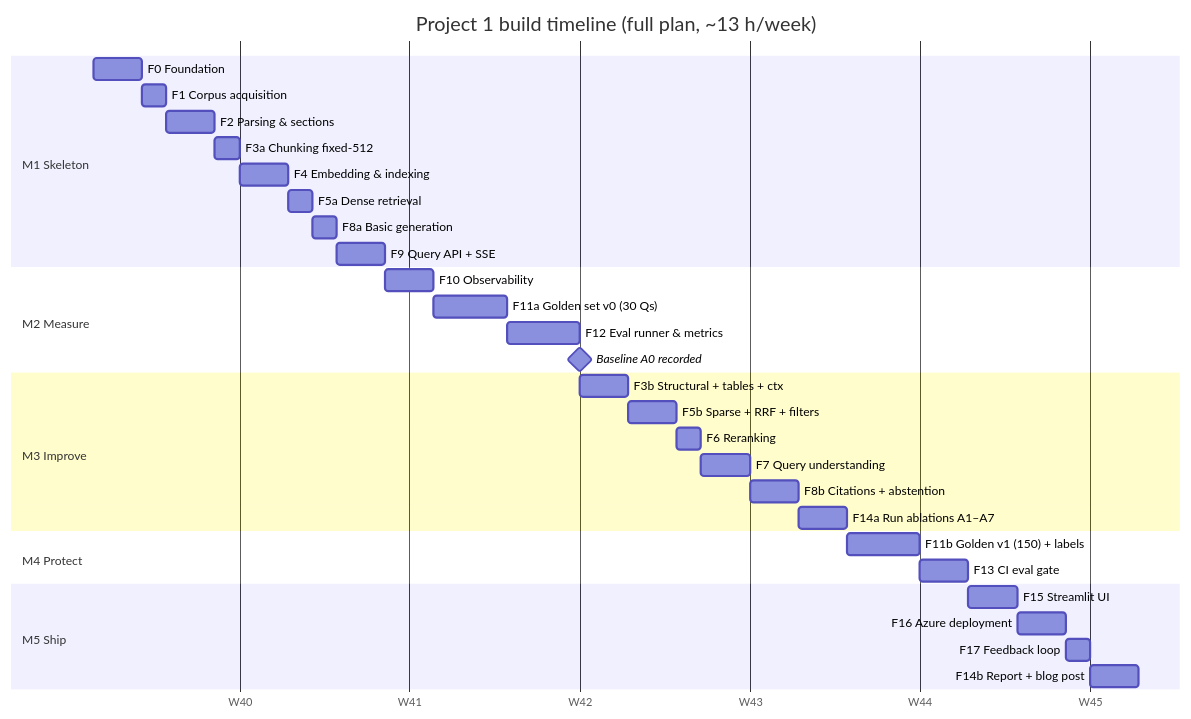
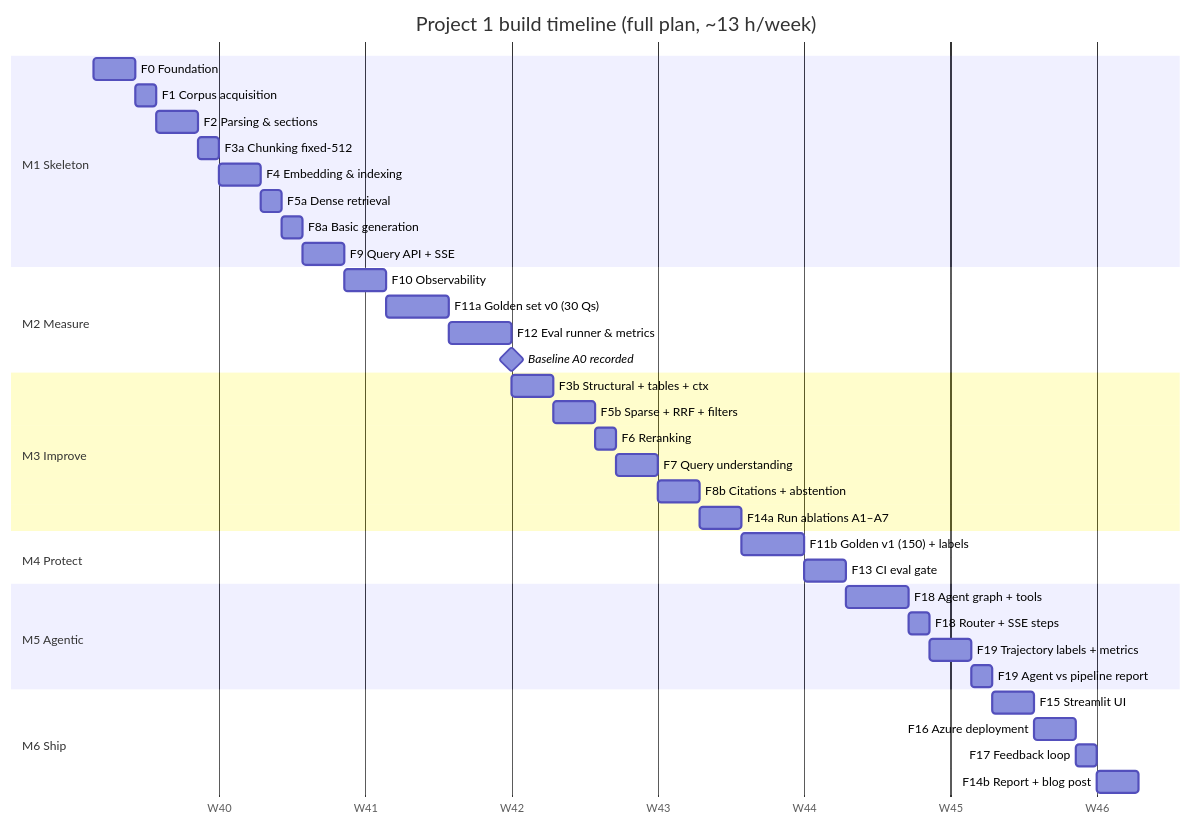
Before and after one commit to pRiMeXoMeGa/AI-Learning-Projects: the fourth of 4 diagrams in projects/01-rag-eval-lab/docs/08-build-plan/README.md, drawn with Mermaid. The commit also changed other lines of this file and 23 other files, not shown here.

````diff
--- a/projects/01-rag-eval-lab/docs/08-build-plan/README.md
+++ b/projects/01-rag-eval-lab/docs/08-build-plan/README.md
@@ -163,35 +198,40 @@
 ```mermaid
 gantt
     title Project 1 build timeline (full plan, ~13 h/week)
     dateFormat YYYY-MM-DD
     axisFormat W%W
     section M1 Skeleton
     F0 Foundation                  :f0, 2026-10-05, 2d
     F1 Corpus acquisition          :f1, after f0, 1d
     F2 Parsing & sections          :f2, after f1, 2d
     F3a Chunking fixed-512         :f3a, after f2, 1d
     F4 Embedding & indexing        :f4, after f3a, 2d
     F5a Dense retrieval            :f5a, after f4, 1d
     F8a Basic generation           :f8a, after f5a, 1d
     F9 Query API + SSE             :f9, after f8a, 2d
     section M2 Measure
     F10 Observability              :f10, after f9, 2d
     F11a Golden set v0 (30 Qs)     :f11a, after f10, 3d
     F12 Eval runner & metrics      :f12, after f11a, 3d
     Baseline A0 recorded           :milestone, after f12, 0d
     section M3 Improve
     F3b Structural + tables + ctx  :f3b, after f12, 2d
     F5b Sparse + RRF + filters     :f5b, after f3b, 2d
     F6 Reranking                   :f6, after f5b, 1d
     F7 Query understanding         :f7, after f6, 2d
     F8b Citations + abstention     :f8b, after f7, 2d
     F14a Run ablations A1–A7       :f14a, after f8b, 2d
     section M4 Protect
     F11b Golden v1 (150) + labels  :f11b, after f14a, 3d
     F13 CI eval gate               :f13, after f11b, 2d
-    section M5 Ship
-    F15 Streamlit UI               :f15, after f13, 2d
+    section M5 Agentic
+    F18 Agent graph + tools        :f18, after f13, 3d
+    F18 Router + SSE steps         :f18b, after f18, 1d
+    F19 Trajectory labels + metrics :f19, after f18b, 2d
+    F19 Agent vs pipeline report   :f19b, after f19, 1d
+    section M6 Ship
+    F15 Streamlit UI               :f15, after f19b, 2d
     F16 Azure deployment           :f16, after f15, 2d
     F17 Feedback loop              :f17, after f16, 1d
     F14b Report + blog post        :f14b, after f17, 2d
 ```
````
